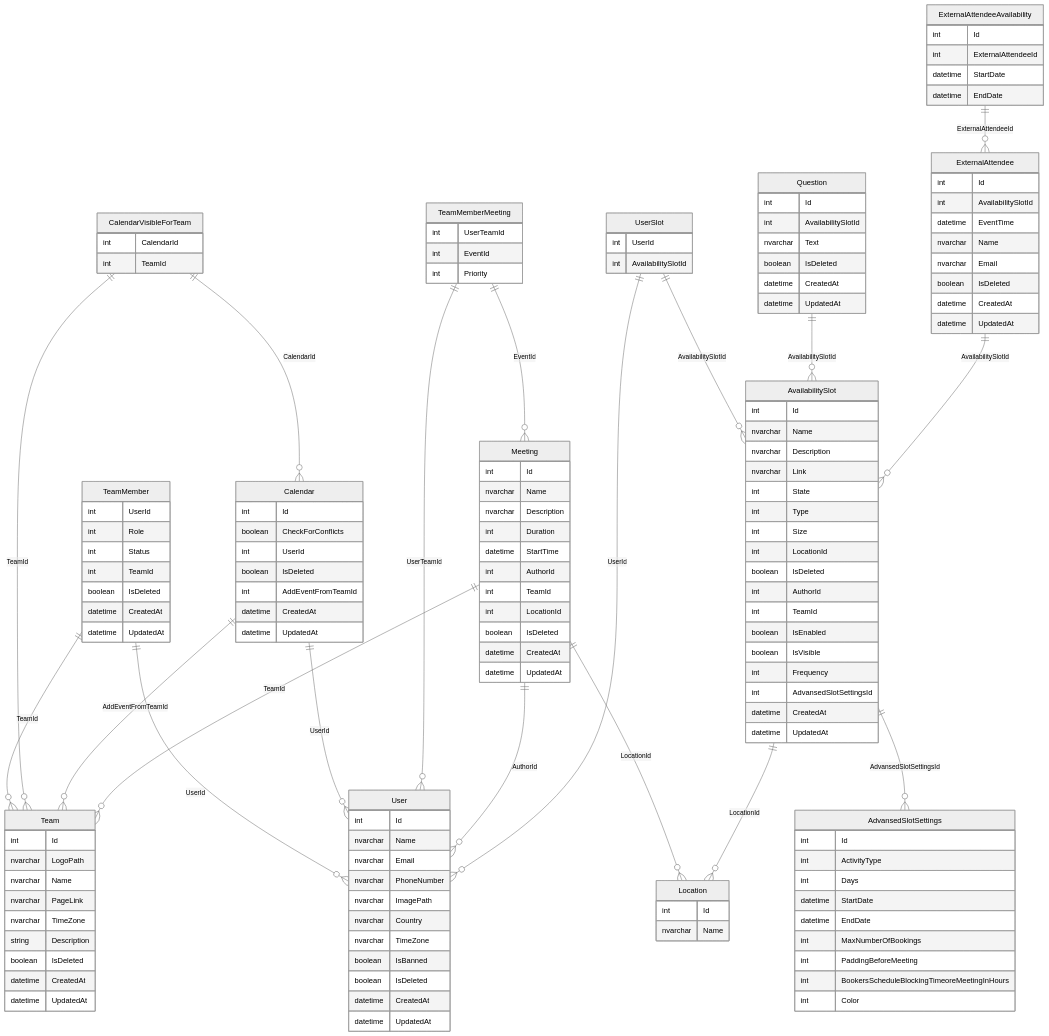
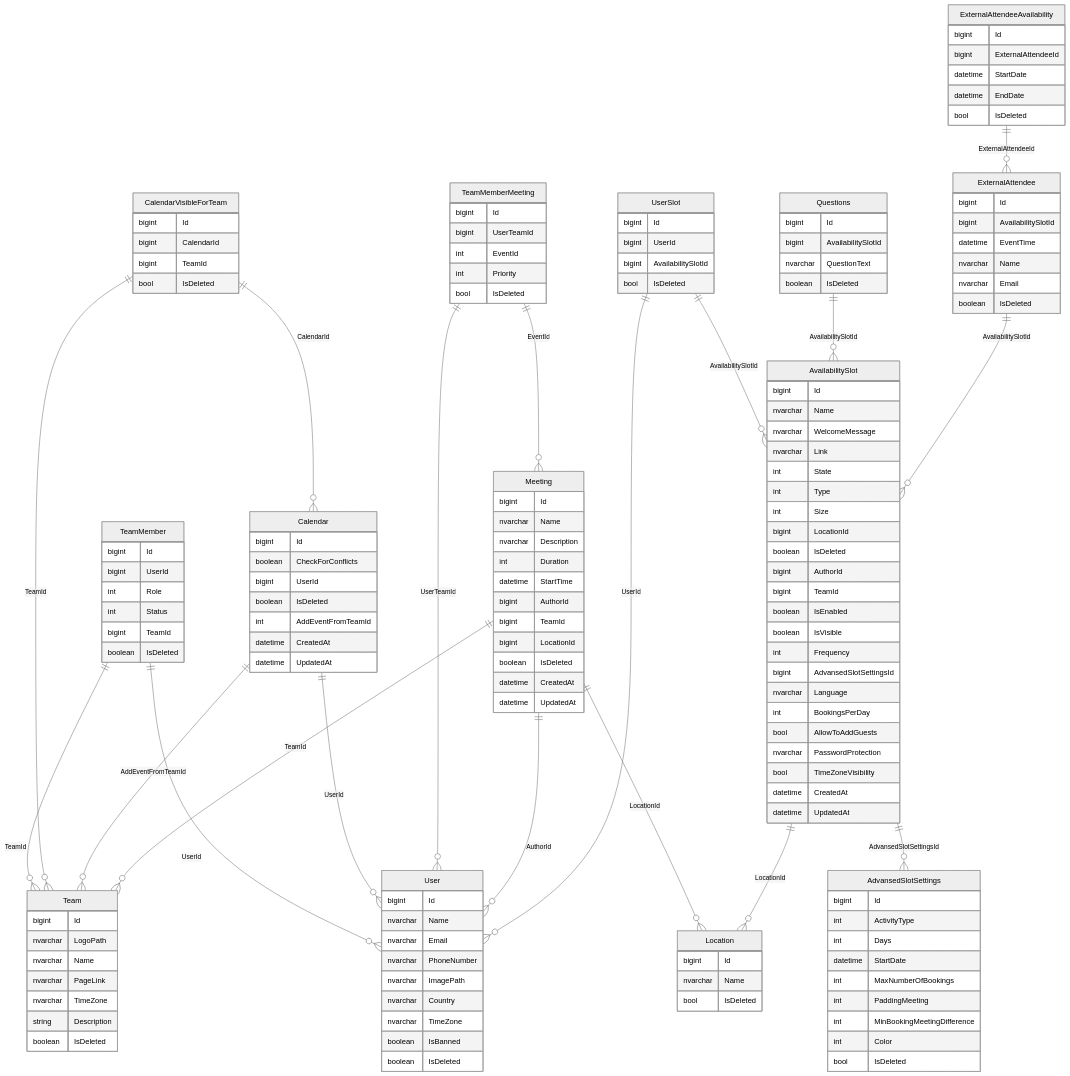
The diagram in README.md (BinaryStudioAcademy/bsa-2022-easymeets), drawn with Mermaid (neutral theme) before and after one commit.

Commit message:
updated diagram at README

````diff
--- a/README.md
+++ b/README.md
@@ -39,7 +39,7 @@
 ```mermaid
 erDiagram
   User {
-      int Id
+      bigint Id
       nvarchar Name
       nvarchar Email
       nvarchar PhoneNumber
@@ -48,47 +48,44 @@
       nvarchar TimeZone
       boolean IsBanned
       boolean IsDeleted
-      datetime CreatedAt
-      datetime UpdatedAt
   }
 
   TeamMember ||--o{ User : UserId
   TeamMember ||--o{ Team : TeamId
   TeamMember {
-      int UserId
+      bigint Id
+      bigint UserId
       int Role
       int Status
-      int TeamId
+      bigint TeamId
       boolean IsDeleted
-      datetime CreatedAt
-      datetime UpdatedAt
   }
 
   Team {
-      int Id
+      bigint Id
       nvarchar LogoPath
       nvarchar Name
       nvarchar PageLink
       nvarchar TimeZone
       string Description
       boolean IsDeleted
-      datetime CreatedAt
-      datetime UpdatedAt
   }
 
   CalendarVisibleForTeam ||--o{ Calendar : CalendarId
   CalendarVisibleForTeam ||--o{ Team : TeamId
   CalendarVisibleForTeam {
-      int CalendarId
-      int TeamId
+      bigint Id
+      bigint CalendarId
+      bigint TeamId
+      bool IsDeleted
   }
 
   Calendar ||--o{ User : UserId
   Calendar ||--o{ Team : AddEventFromTeamId
   Calendar{
-      int Id
+      bigint Id
       boolean CheckForConflicts
-      int UserId
+      bigint UserId
       boolean IsDeleted
       int AddEventFromTeamId
       datetime CreatedAt
@@ -98,101 +95,108 @@
   TeamMemberMeeting ||--o{ User : UserTeamId
   TeamMemberMeeting ||--o{ Meeting : EventId
   TeamMemberMeeting {
-      int UserTeamId
+      bigint Id
+      bigint UserTeamId
       int EventId
       int Priority
+      bool IsDeleted
   }
 
   Meeting ||--o{ User : AuthorId
   Meeting ||--o{ Team : TeamId
   Meeting ||--o{ Location : LocationId
   Meeting {
-      int Id
+      bigint Id
       nvarchar Name
       nvarchar Description
       int Duration
       datetime StartTime
-      int AuthorId
-      int TeamId
-      int LocationId
+      bigint AuthorId
+      bigint TeamId
+      bigint LocationId
       boolean IsDeleted
       datetime CreatedAt
       datetime UpdatedAt
   }
 
   Location {
-    int Id
+    bigint Id
     nvarchar Name
+    bool IsDeleted
   }
 
   UserSlot ||--o{ User : UserId
   UserSlot ||--o{ AvailabilitySlot : AvailabilitySlotId
   UserSlot {
-    int UserId
-    int AvailabilitySlotId
+    bigint Id
+    bigint UserId
+    bigint AvailabilitySlotId
+    bool IsDeleted
   }
 
   AvailabilitySlot ||--o{ Location : LocationId
   AvailabilitySlot ||--o{ AdvansedSlotSettings : AdvansedSlotSettingsId
   AvailabilitySlot{
-    int Id
+    bigint Id
     nvarchar Name
-    nvarchar Description
+    nvarchar WelcomeMessage
     nvarchar Link
     int State
     int Type
     int Size
-    int LocationId
+    bigint LocationId
     boolean IsDeleted
-    int AuthorId
-    int TeamId
+    bigint AuthorId
+    bigint TeamId
     boolean IsEnabled
     boolean IsVisible
     int Frequency
-    int AdvansedSlotSettingsId
+    bigint AdvansedSlotSettingsId
+    nvarchar Language
+    int BookingsPerDay
+    bool AllowToAddGuests
+    nvarchar PasswordProtection
+    bool TimeZoneVisibility
     datetime CreatedAt
     datetime UpdatedAt
   }
 
-  Question ||--o{ AvailabilitySlot : AvailabilitySlotId
-  Question {
-    int Id
-    int AvailabilitySlotId
-    nvarchar Text
+  Questions ||--o{ AvailabilitySlot : AvailabilitySlotId
+  Questions {
+    bigint Id
+    bigint AvailabilitySlotId
+    nvarchar QuestionText
     boolean IsDeleted
-    datetime CreatedAt
-    datetime UpdatedAt
   }
 
   AdvansedSlotSettings {
-    int Id
+    bigint Id
     int ActivityType
     int Days
     datetime StartDate
-    datetime EndDate
     int MaxNumberOfBookings
-    int PaddingBeforeMeeting
-    int BookersScheduleBlockingTimeoreMeetingInHours
+    int PaddingMeeting
+    int MinBookingMeetingDifference
     int Color
+    bool IsDeleted
   }
 
   ExternalAttendee ||--o{ AvailabilitySlot : AvailabilitySlotId
   ExternalAttendee{
-    int Id
-    int AvailabilitySlotId
+    bigint Id
+    bigint AvailabilitySlotId
     datetime EventTime
     nvarchar Name
     nvarchar Email
     boolean IsDeleted
-    datetime CreatedAt
-    datetime UpdatedAt
   }
 
   ExternalAttendeeAvailability ||--o{ ExternalAttendee : ExternalAttendeeId
   ExternalAttendeeAvailability{
-    int Id
-    int ExternalAttendeeId
+    bigint Id
+    bigint ExternalAttendeeId
     datetime StartDate
     datetime EndDate
+    bool IsDeleted
   }
 ```
````
